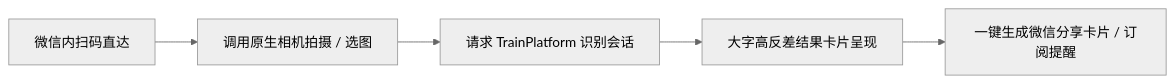
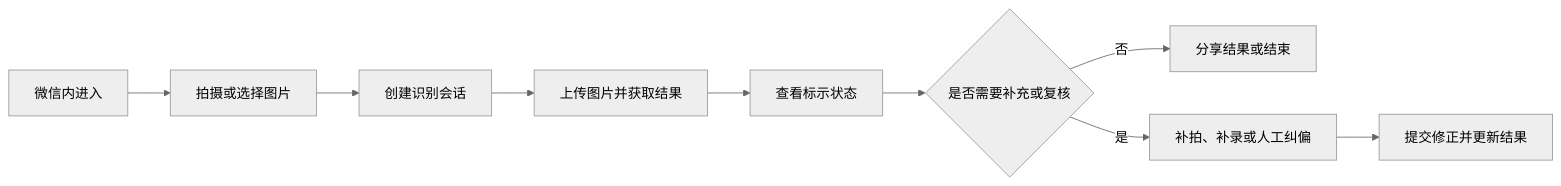
The diagram in README.md (QingMouFoodDate/WxClient), drawn with Mermaid (neutral theme) before and after one commit. The commit also changed other lines of this file, not shown here.

````diff
--- a/README.md
+++ b/README.md
@@ -12,7 +42,11 @@
 ```mermaid
 flowchart LR
-    A["微信内扫码直达"] --> B["调用原生相机拍摄 / 选图"]
-    B --> C["请求 TrainPlatform 识别会话"]
-    C --> D["大字高反差结果卡片呈现"]
-    D --> E["一键生成微信分享卡片 / 订阅提醒"]
+    A["微信内进入"] --> B["拍摄或选择图片"]
+    B --> C["创建识别会话"]
+    C --> D["上传图片并获取结果"]
+    D --> E["查看标示状态"]
+    E --> F{"是否需要补充或复核"}
+    F -->|"否"| G["分享结果或结束"]
+    F -->|"是"| H["补拍、补录或人工纠偏"]
+    H --> I["提交修正并更新结果"]
 ```
````
